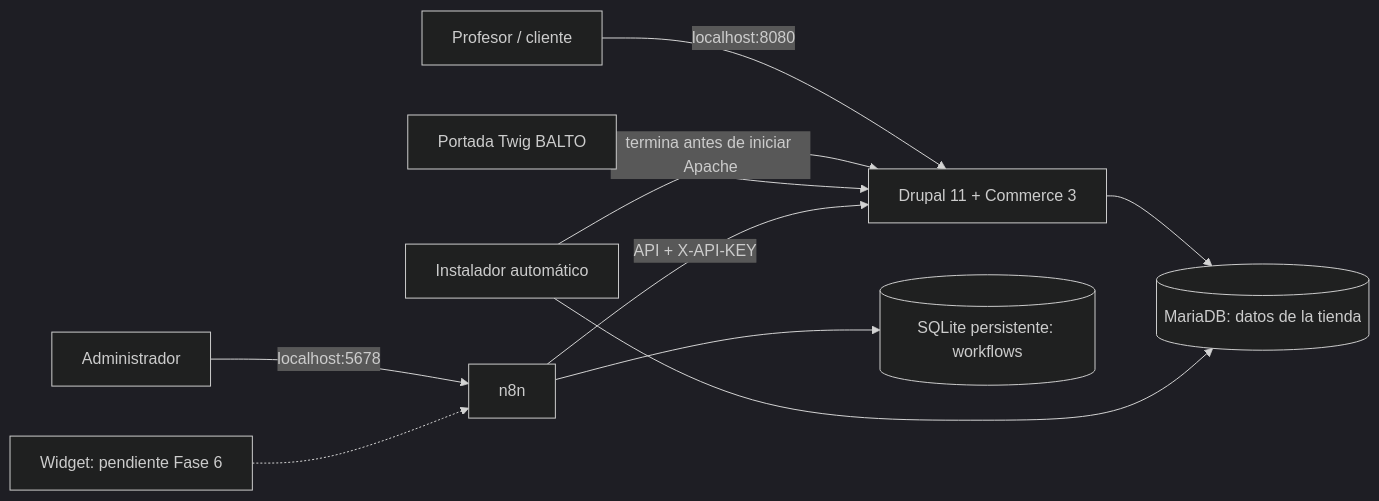
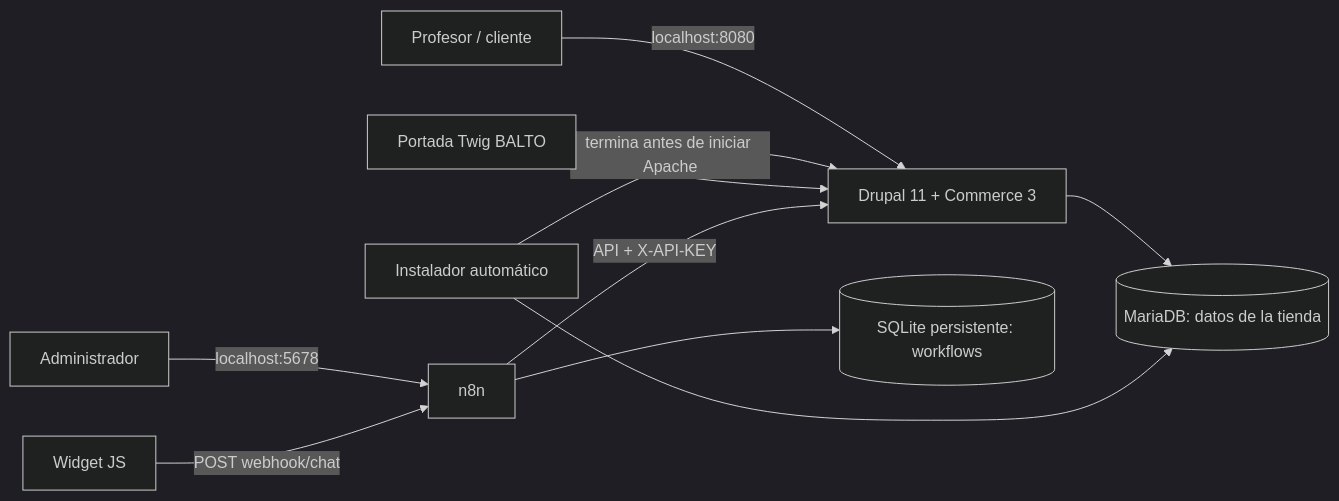
The diagram in README.md (Yords-Williams/balto-veterinaria-proyecto), drawn with Mermaid (dark theme) before and after one commit. The commit also changed other lines of this file and 22 other files, not shown here.

````diff
--- a/README.md
+++ b/README.md
@@ -11,12 +11,12 @@
 ```mermaid
 flowchart LR
     Usuario[Profesor / cliente] -->|localhost:8080| Drupal[Drupal 11 + Commerce 3]
     Drupal --> MariaDB[(MariaDB: datos de la tienda)]
     Inicio[Instalador automático] --> MariaDB
     Inicio -->|termina antes de iniciar Apache| Drupal
     Administrador -->|localhost:5678| n8n[n8n]
     n8n --> SQLite[(SQLite persistente: workflows)]
     Portada[Portada Twig BALTO] --> Drupal
-    Chat[Widget: pendiente Fase 6] -.-> n8n
+    Chat[Widget JS] -->|POST webhook/chat| n8n
     n8n -->|API + X-API-KEY| Drupal
 ```
````
